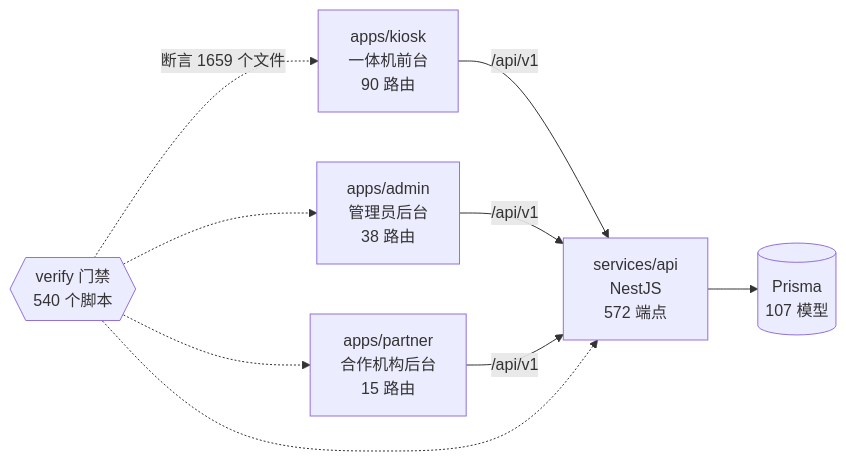
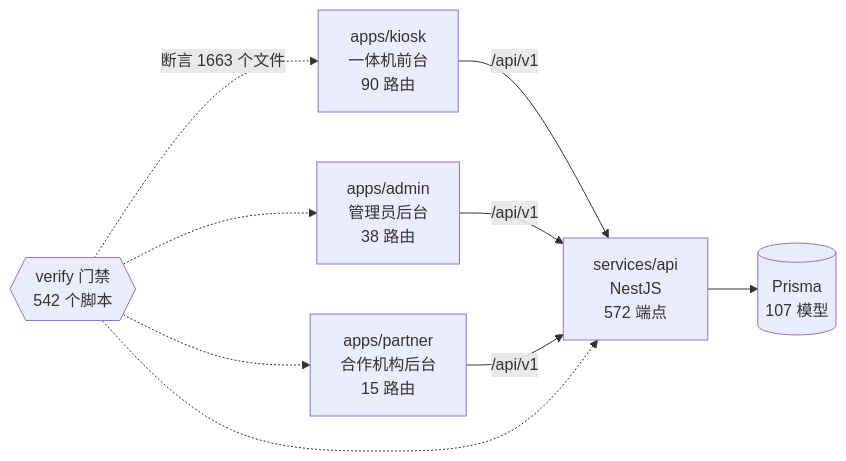
The diagram in docs/graph/README.md (wanglei581/YITIJI), drawn with Mermaid before and after one commit. The commit also changed other lines of this file and 3 other files, not shown here.

Commit message:
chore(graph): regenerate after merging #1113 #1115

````diff
--- a/docs/graph/README.md
+++ b/docs/graph/README.md
@@ -68,18 +68,18 @@
 ```mermaid
 flowchart LR
   kiosk["apps/kiosk<br/>一体机前台<br/>90 路由"]
   admin["apps/admin<br/>管理员后台<br/>38 路由"]
   partner["apps/partner<br/>合作机构后台<br/>15 路由"]
   api["services/api<br/>NestJS<br/>572 端点"]
   db[("Prisma<br/>107 模型")]
-  gates{{"verify 门禁<br/>540 个脚本"}}
+  gates{{"verify 门禁<br/>542 个脚本"}}
 
   kiosk -->|"/api/v1"| api
   admin -->|"/api/v1"| api
   partner -->|"/api/v1"| api
   api --> db
-  gates -.->|"断言 1659 个文件"| kiosk
+  gates -.->|"断言 1663 个文件"| kiosk
   gates -.-> admin
   gates -.-> partner
   gates -.-> api
 ```
````
